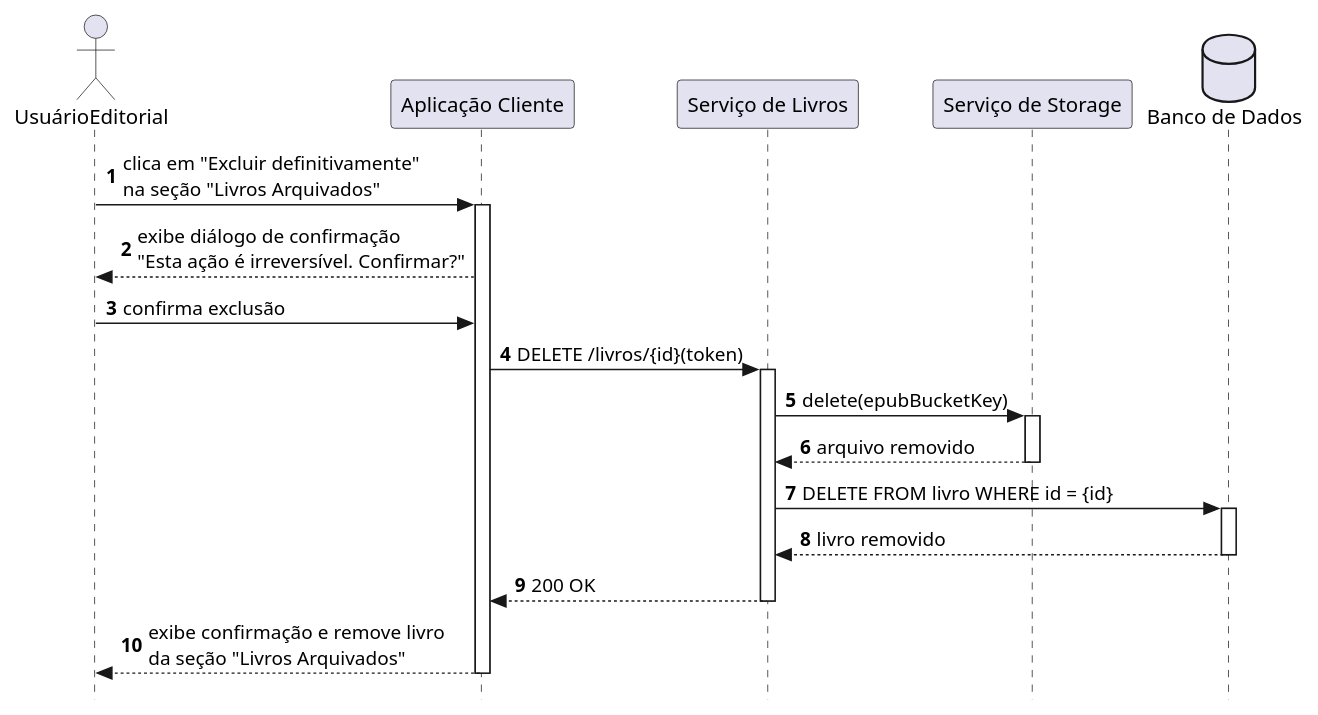
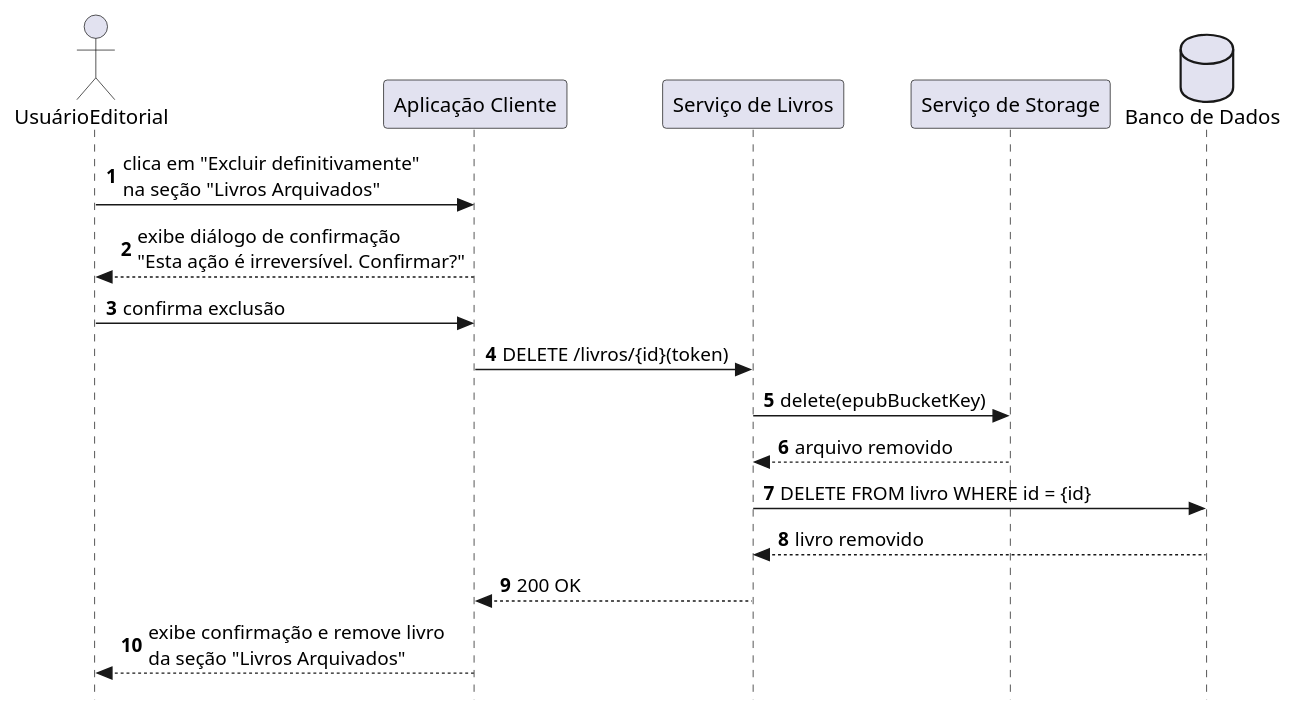
Before and after one commit to jalv21/iLib: the diagram in docs/codigo-plantuml/diagramas-comunicacao/livros/dc-remover_livros.puml, drawn with PlantUML.

Commit message:
docs/criando diagrama de comunicação para remover livros

```diff
--- a/docs/codigo-plantuml/diagramas-comunicacao/livros/dc-remover_livros.puml
+++ b/docs/codigo-plantuml/diagramas-comunicacao/livros/dc-remover_livros.puml
@@ -1,36 +1,28 @@
-@startuml ds-remover_livros
+@startuml dc-remover_livros
 autonumber
 skinparam style strictuml
 
 actor UsuarioEditorial as "UsuárioEditorial"
 participant Client         as "Aplicação Cliente"
 participant ServiceLivros  as "Serviço de Livros"
 participant StorageService as "Serviço de Storage"
 database    BD             as "Banco de Dados"
 
 UsuarioEditorial -> Client : clica em "Excluir definitivamente"\nna seção "Livros Arquivados"
-activate Client
 
 Client --> UsuarioEditorial : exibe diálogo de confirmação\n"Esta ação é irreversível. Confirmar?"
 UsuarioEditorial -> Client  : confirma exclusão
 
 Client -> ServiceLivros : DELETE /livros/{id}(token)
-activate ServiceLivros
 
 ServiceLivros -> StorageService : delete(epubBucketKey)
-activate StorageService
 StorageService --> ServiceLivros : arquivo removido
-deactivate StorageService
 
 ServiceLivros -> BD : DELETE FROM livro WHERE id = {id}
-activate BD
 BD --> ServiceLivros : livro removido
-deactivate BD
 
 ServiceLivros --> Client : 200 OK
-deactivate ServiceLivros
 
 Client --> UsuarioEditorial : exibe confirmação e remove livro\nda seção "Livros Arquivados"
-deactivate Client
 
 @enduml
```
